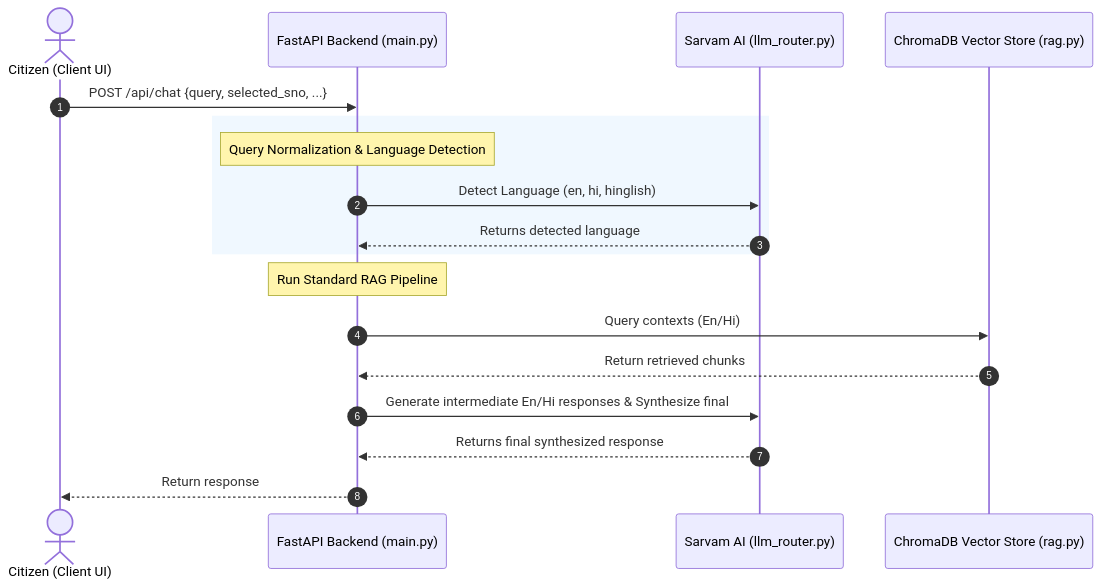
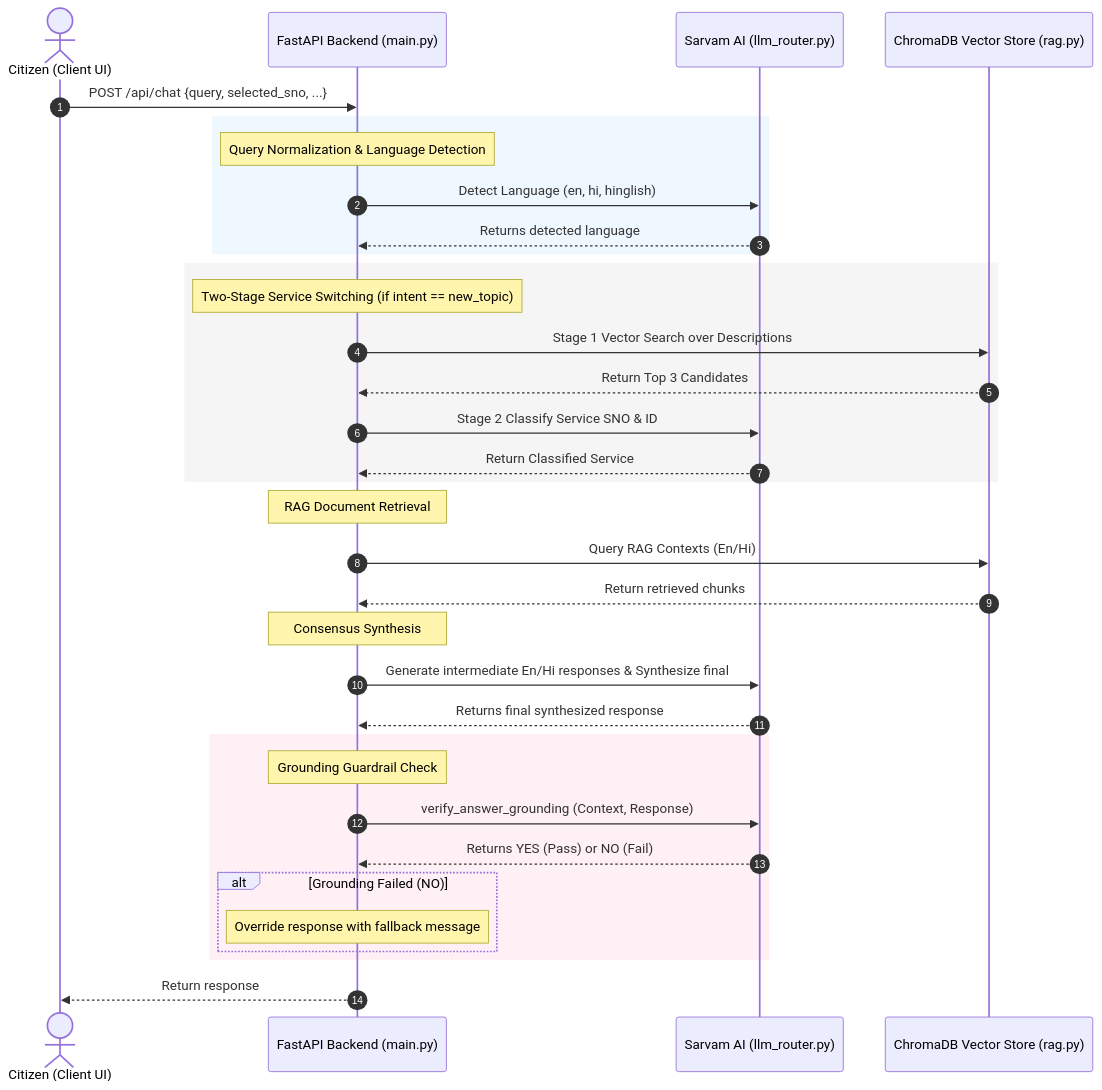
The diagram in PROJECT_DOCUMENTATION.md (neeraj-bhoi/SewaSetuRag-Copy-2), drawn with Mermaid before and after one commit. The commit also changed other lines of this file and 19 other files, not shown here.

Commit message:
before folder architecture change

````diff
--- a/PROJECT_DOCUMENTATION.md
+++ b/PROJECT_DOCUMENTATION.md
@@ -111,23 +123,43 @@
 ```mermaid
 sequenceDiagram
     autonumber
     actor User as Citizen (Client UI)
     participant API as FastAPI Backend (main.py)
     participant LLM as Sarvam AI (llm_router.py)
     participant DB as ChromaDB Vector Store (rag.py)
 
     User->>API: POST /api/chat {query, selected_sno, ...}
     
     rect rgb(240, 248, 255)
         Note over API: Query Normalization & Language Detection
         API->>LLM: Detect Language (en, hi, hinglish)
         LLM-->>API: Returns detected language
     end
 
-    Note over API: Run Standard RAG Pipeline
-    API->>DB: Query contexts (En/Hi)
+    rect rgb(245, 245, 245)
+        Note over API: Two-Stage Service Switching (if intent == new_topic)
+        API->>DB: Stage 1 Vector Search over Descriptions
+        DB-->>API: Return Top 3 Candidates
+        API->>LLM: Stage 2 Classify Service SNO & ID
+        LLM-->>API: Return Classified Service
+    end
+
+    Note over API: RAG Document Retrieval
+    API->>DB: Query RAG Contexts (En/Hi)
     DB-->>API: Return retrieved chunks
+    
+    Note over API: Consensus Synthesis
     API->>LLM: Generate intermediate En/Hi responses & Synthesize final
     LLM-->>API: Returns final synthesized response
+
+    rect rgb(255, 240, 245)
+        Note over API: Grounding Guardrail Check
+        API->>LLM: verify_answer_grounding (Context, Response)
+        LLM-->>API: Returns YES (Pass) or NO (Fail)
+        alt Grounding Failed (NO)
+            Note over API: Override response with fallback message
+        end
+    end
+
     API-->>User: Return response
 ```
````
